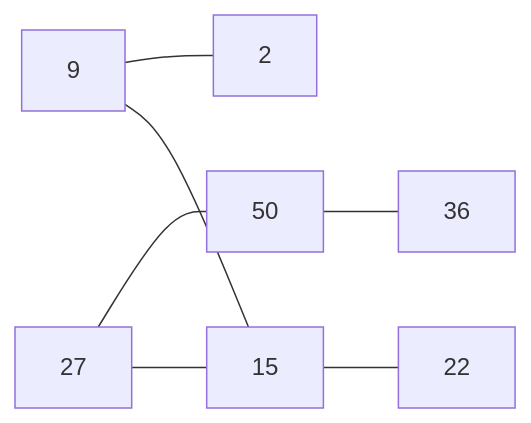
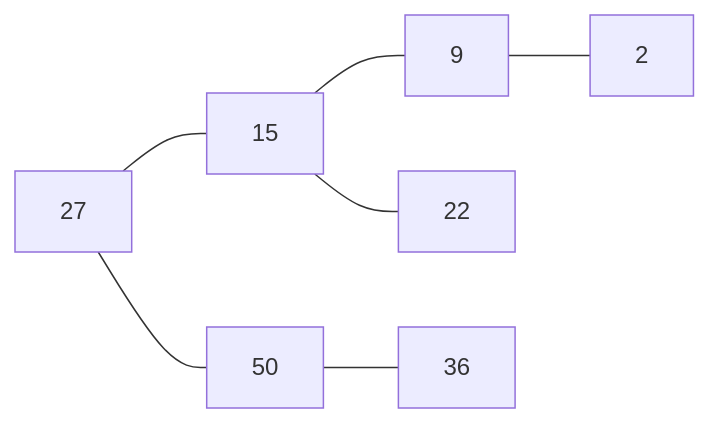
Before and after one commit to Tiggax/Zapiski: the tenth of 12 diagrams in 2. Letnik/Podatkovne strukture in algoritmi/Untitledbb.md, drawn with Mermaid. The commit also changed other lines of this file and 1 other file, not shown here.

````diff
--- a/2. Letnik/Podatkovne strukture in algoritmi/Untitledbb.md
+++ b/2. Letnik/Podatkovne strukture in algoritmi/Untitledbb.md
@@ -202,16 +202,17 @@
 ```mermaid
 graph LR
-A[9]
+
 B[27]
 C[50]
 D[2]
 E[15]
+A[9]
 F[22]
 G[36]
 B---C
+A---D
+E---A
+E---F
 B---E
-A---D
-A---E
-E---F
 C---G
 ```
````
